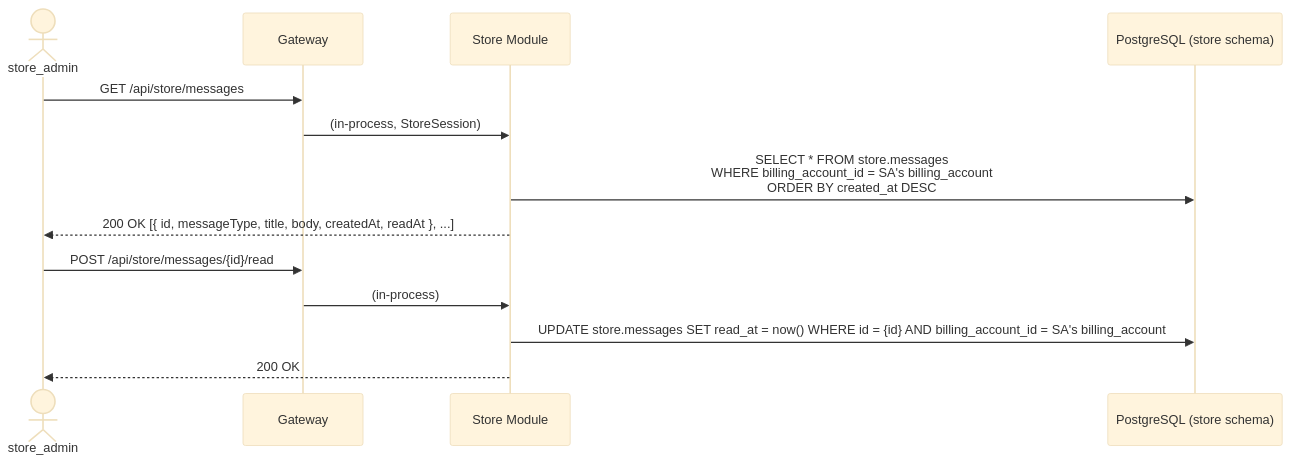
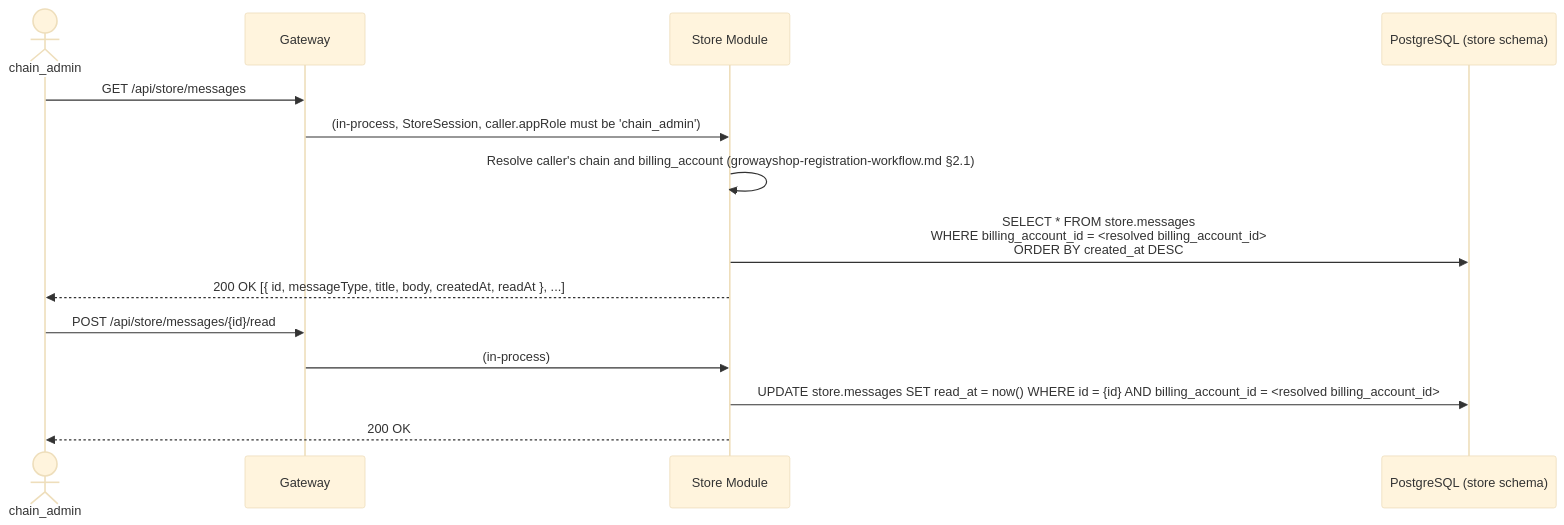
Before and after one commit to szhanggit/appointmentsystemdesign: the third of 3 diagrams in usercasestudy/groway-store-notifications-workflow.md, drawn with Mermaid (base theme). The commit also changed other lines of this file and 6 other files, not shown here.

````diff
--- a/usercasestudy/groway-store-notifications-workflow.md
+++ b/usercasestudy/groway-store-notifications-workflow.md
@@ -83,17 +84,18 @@
 ```mermaid
 sequenceDiagram
-    actor SA as store_admin
+    actor CA as chain_admin
     participant GW as Gateway
     participant SM as Store Module
     participant DB as PostgreSQL (store schema)
 
-    SA->>GW: GET /api/store/messages
-    GW->>SM: (in-process, StoreSession)
-    SM->>DB: SELECT * FROM store.messages<br/>WHERE billing_account_id = SA's billing_account<br/>ORDER BY created_at DESC
-    SM-->>SA: 200 OK [{ id, messageType, title, body, createdAt, readAt }, ...]
+    CA->>GW: GET /api/store/messages
+    GW->>SM: (in-process, StoreSession, caller.appRole must be 'chain_admin')
+    SM->>SM: Resolve caller's chain and billing_account (growayshop-registration-workflow.md §2.1)
+    SM->>DB: SELECT * FROM store.messages<br/>WHERE billing_account_id = <resolved billing_account_id><br/>ORDER BY created_at DESC
+    SM-->>CA: 200 OK [{ id, messageType, title, body, createdAt, readAt }, ...]
 
-    SA->>GW: POST /api/store/messages/{id}/read
+    CA->>GW: POST /api/store/messages/{id}/read
     GW->>SM: (in-process)
-    SM->>DB: UPDATE store.messages SET read_at = now() WHERE id = {id} AND billing_account_id = SA's billing_account
-    SM-->>SA: 200 OK
+    SM->>DB: UPDATE store.messages SET read_at = now() WHERE id = {id} AND billing_account_id = <resolved billing_account_id>
+    SM-->>CA: 200 OK
 ```
````
